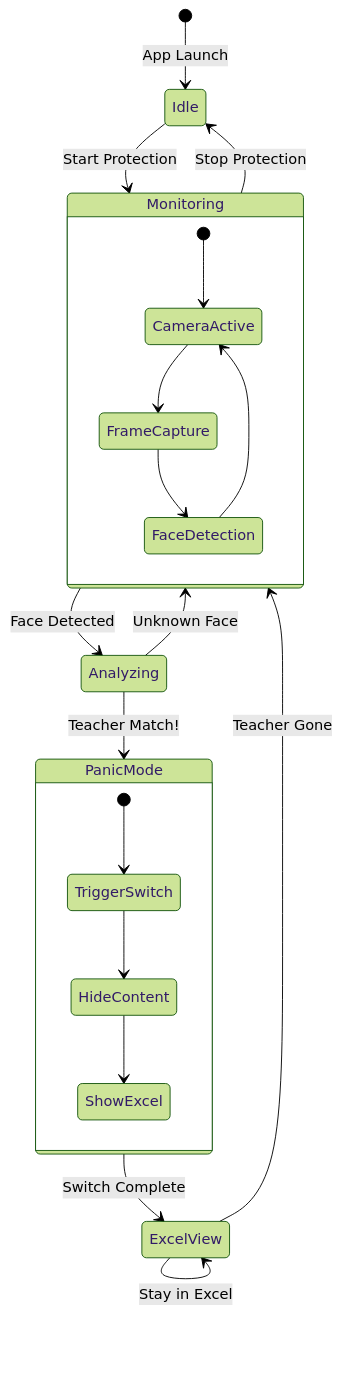
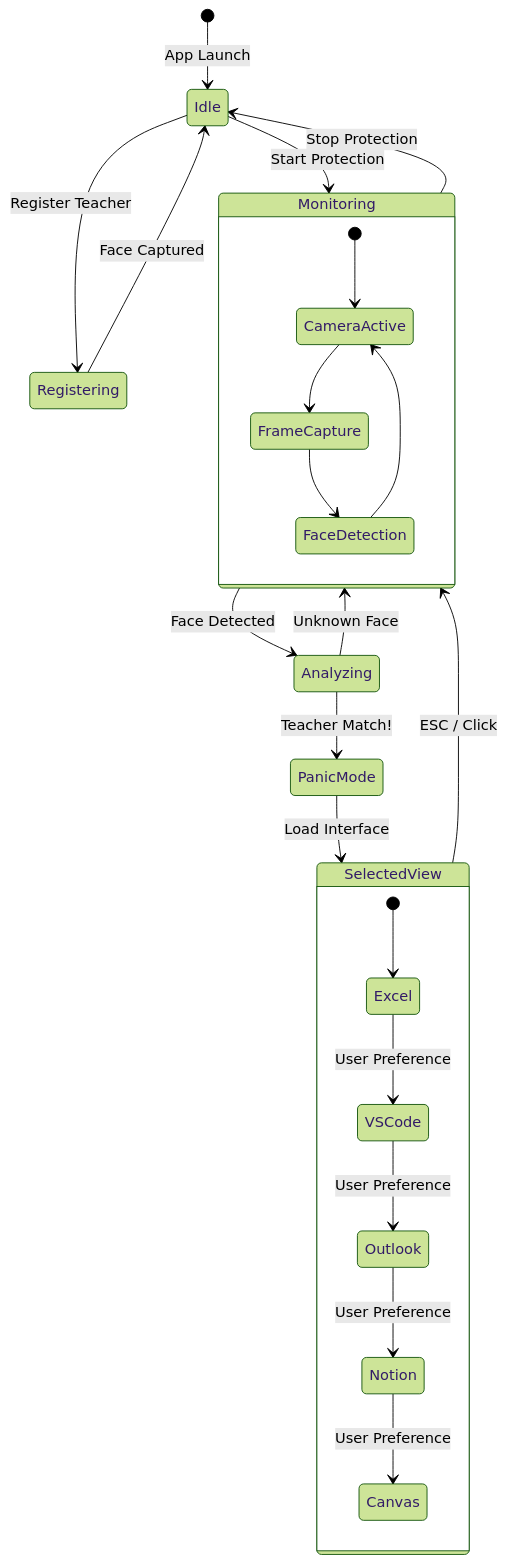
The fourth of 7 diagrams in ARCHITECTURE.md (Ducksss/panic-at-the-classroom), drawn with Mermaid (forest theme) before and after one commit. The commit also changed other lines of this file and 1 other file, not shown here.

Commit message:
feat: updated architecture diagram

````diff
--- a/ARCHITECTURE.md
+++ b/ARCHITECTURE.md
@@ -134,28 +163,32 @@
 ```mermaid
 stateDiagram-v2
     [*] --> Idle: App Launch
+    
+    Idle --> Registering: Register Teacher
+    Registering --> Idle: Face Captured
     
     Idle --> Monitoring: Start Protection
     Monitoring --> Idle: Stop Protection
     
     Monitoring --> Analyzing: Face Detected
     Analyzing --> Monitoring: Unknown Face
     Analyzing --> PanicMode: Teacher Match!
     
-    PanicMode --> ExcelView: Switch Complete
-    ExcelView --> Monitoring: Teacher Gone
-    ExcelView --> ExcelView: Stay in Excel
+    PanicMode --> SelectedView: Load Interface
+    SelectedView --> Monitoring: ESC / Click
+    
+    state SelectedView {
+        [*] --> Excel
+        Excel --> VSCode: User Preference
+        VSCode --> Outlook: User Preference
+        Outlook --> Notion: User Preference
+        Notion --> Canvas: User Preference
+    }
     
     state Monitoring {
         [*] --> CameraActive
         CameraActive --> FrameCapture
         FrameCapture --> FaceDetection
         FaceDetection --> CameraActive
     }
-    
-    state PanicMode {
-        [*] --> TriggerSwitch
-        TriggerSwitch --> HideContent
-        HideContent --> ShowExcel
-    }
 ```
````
